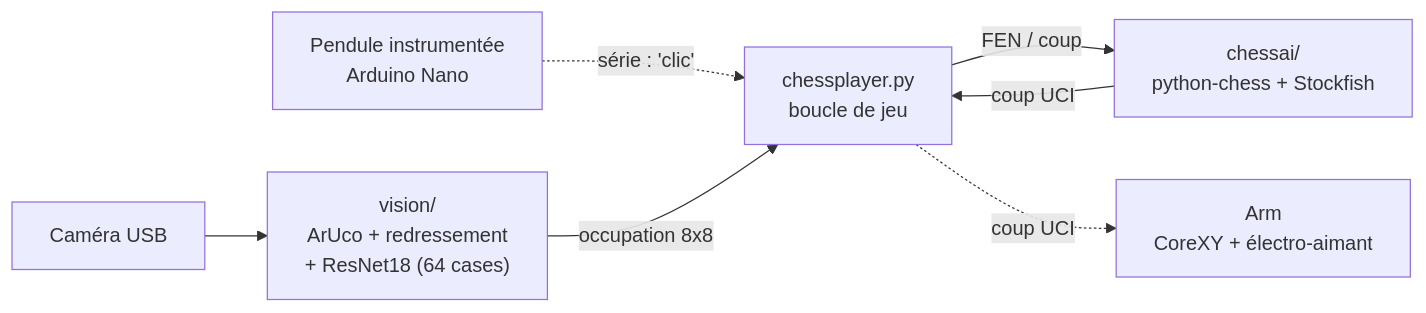
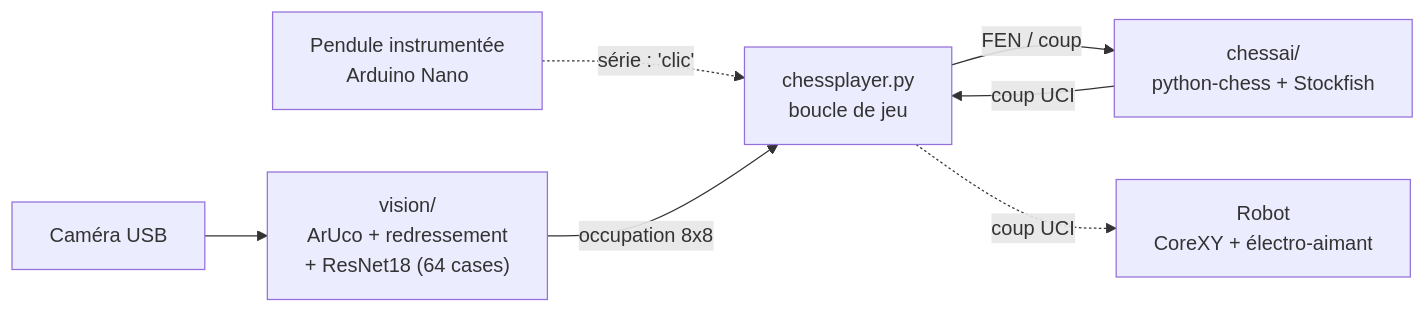
Before and after one commit to BenjDC/ar4-chessplayer: the diagram in README.md, drawn with Mermaid. The commit also changed other lines of this file and 18 other files, not shown here.

````diff
--- a/README.md
+++ b/README.md
@@ -8,9 +13,9 @@
 ```mermaid
 flowchart LR
     CAM[Caméra USB] --> VISION
     CLOCK[Pendule instrumentée<br/>Arduino Nano] -. "série : 'clic'" .-> MAIN
     VISION["vision/<br/>ArUco + redressement<br/>+ ResNet18 (64 cases)"] -- "occupation 8x8" --> MAIN
     MAIN["chessplayer.py<br/>boucle de jeu"] -- "FEN / coup" --> CHESS["chessai/<br/>python-chess + Stockfish"]
     CHESS -- "coup UCI" --> MAIN
-    MAIN -. "coup UCI" .-> ARM["Arm<br/>CoreXY + électro-aimant"]
+    MAIN -. "coup UCI" .-> ROBOT["Robot<br/>CoreXY + électro-aimant"]
 ```
````
